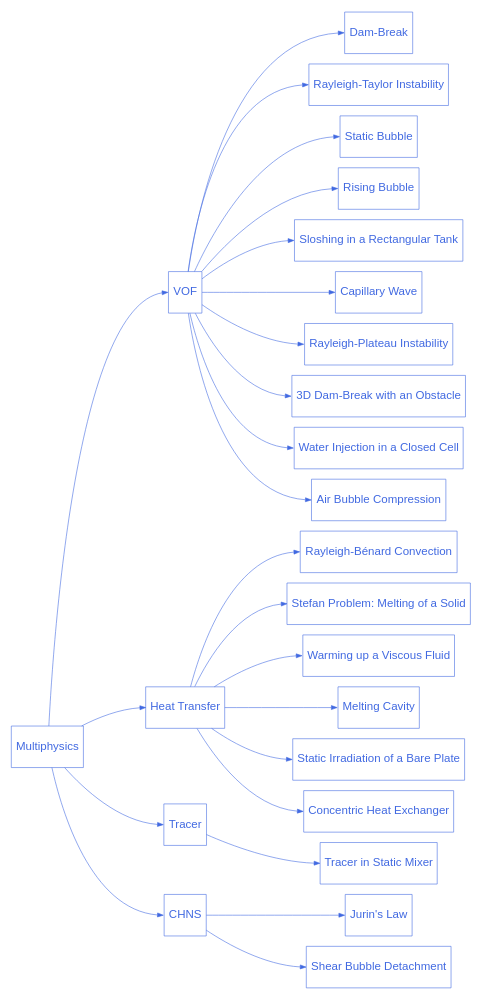
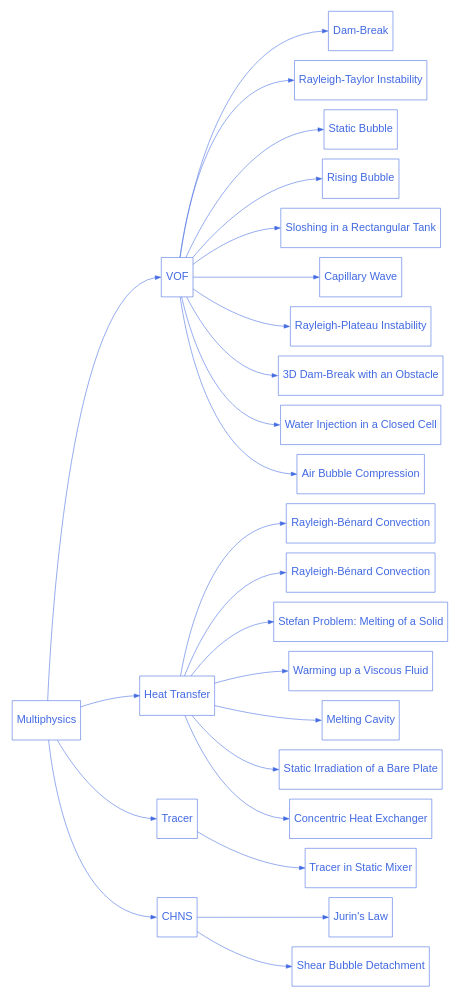
Before and after one commit to chaos-polymtl/lethe: the diagram in doc/source/examples/multiphysics/multiphysics.rst, drawn with Graphviz. The commit also changed 8 other files, not shown here.

```diff
--- a/doc/source/examples/multiphysics/multiphysics.rst
+++ b/doc/source/examples/multiphysics/multiphysics.rst
@@ -47,17 +47,19 @@
 
       multiphysics_2 [label="Heat Transfer", href="https://chaos-polymtl.github.io/lethe/documentation/examples/multiphysics/heat-transfer.html"];
 
-      multiphysics_2_1 [label="Rayleigh-Bénard Convection", href="https://chaos-polymtl.github.io/lethe/documentation/examples/multiphysics/rayleigh-benard-convection/rayleigh-benard-convection.html"];
+      multiphysics_2_1 [label="Rayleigh-Bénard Convection", href="https://chaos-polymtl.github.io/lethe/documentation/examples/multiphysics/cooling-fin/cooling-fin.html"];
 
-      multiphysics_2_2 [label="Stefan Problem: Melting of a Solid", href="https://chaos-polymtl.github.io/lethe/documentation/examples/multiphysics/stefan-problem/stefan-problem.html"];
+      multiphysics_2_2 [label="Rayleigh-Bénard Convection", href="https://chaos-polymtl.github.io/lethe/documentation/examples/multiphysics/rayleigh-benard-convection/rayleigh-benard-convection.html"];
 
-      multiphysics_2_3 [label="Warming up a Viscous Fluid", href="https://chaos-polymtl.github.io/lethe/documentation/examples/multiphysics/warming-up-a-viscous-fluid/warming-up-a-viscous-fluid.html"];
+      multiphysics_2_3 [label="Stefan Problem: Melting of a Solid", href="https://chaos-polymtl.github.io/lethe/documentation/examples/multiphysics/stefan-problem/stefan-problem.html"];
 
-      multiphysics_2_4 [label="Melting Cavity", href="https://chaos-polymtl.github.io/lethe/documentation/examples/multiphysics/melting-cavity/melting-cavity.html"];
+      multiphysics_2_4 [label="Warming up a Viscous Fluid", href="https://chaos-polymtl.github.io/lethe/documentation/examples/multiphysics/warming-up-a-viscous-fluid/warming-up-a-viscous-fluid.html"];
+
+      multiphysics_2_5 [label="Melting Cavity", href="https://chaos-polymtl.github.io/lethe/documentation/examples/multiphysics/melting-cavity/melting-cavity.html"];
       
-      multiphysics_2_5 [label="Static Irradiation of a Bare Plate", href="https://chaos-polymtl.github.io/lethe/documentation/examples/multiphysics/static-irradiation/static-irradiation.html"];
+      multiphysics_2_6 [label="Static Irradiation of a Bare Plate", href="https://chaos-polymtl.github.io/lethe/documentation/examples/multiphysics/static-irradiation/static-irradiation.html"];
 
-      multiphysics_2_6 [label="Concentric Heat Exchanger", href="https://chaos-polymtl.github.io/lethe/documentation/examples/multiphysics/concentric-heat-exchanger/concentric-heat-exchanger.html"];
+      multiphysics_2_7 [label="Concentric Heat Exchanger", href="https://chaos-polymtl.github.io/lethe/documentation/examples/multiphysics/concentric-heat-exchanger/concentric-heat-exchanger.html"];
 
       multiphysics_3 [label="Tracer", href="https://chaos-polymtl.github.io/lethe/documentation/examples/multiphysics/tracer.html"];  
 
@@ -92,6 +94,7 @@
       multiphysics_2 -> multiphysics_2_4:w;
       multiphysics_2 -> multiphysics_2_5:w;
       multiphysics_2 -> multiphysics_2_6:w;
+      multiphysics_2 -> multiphysics_2_7:w;
 
       multiphysics_3 -> multiphysics_3_1:w;
 
```
